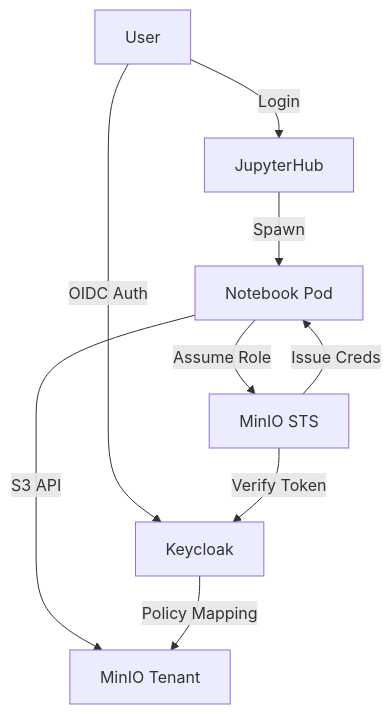
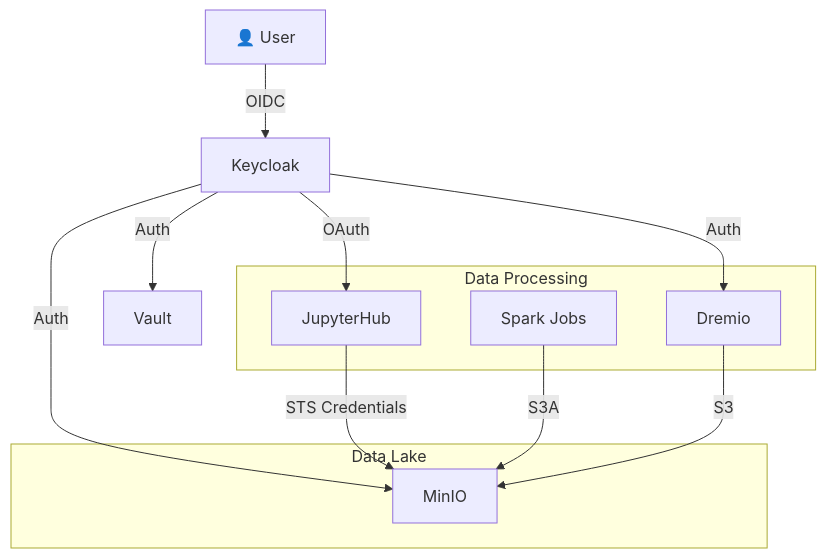
One commit to rammi-dev/dremio-platform1 changed the second of 2 diagrams in README.md. Above: the diagram before and after it, drawn with Mermaid. The commit also changed other lines of this file and 1 other file, not shown here.

First line of the commit message:
docs: add Mermaid diagrams and include Dremio/Spark in architecture

````diff
--- a/README.md
+++ b/README.md
@@ -70,13 +82,23 @@
 ```mermaid
-graph TD
-    User[User] -->|OIDC Auth| KC[Keycloak]
-    User -->|Login| JH[JupyterHub]
+graph TB
+    User[👤 User] -->|OIDC| KC[Keycloak]
     
-    JH -->|Spawn| NB[Notebook Pod]
-    NB -->|Assume Role| STS[MinIO STS]
-    STS -->|Verify Token| KC
-    STS -->|Issue Creds| NB
+    KC -->|Auth| Vault
+    KC -->|Auth| MinIO
+    KC -->|OAuth| JH[JupyterHub]
+    KC -->|Auth| Dremio
     
-    NB -->|S3 API| MinIO[MinIO Tenant]
-    KC -->|Policy Mapping| MinIO
+    JH -->|STS Credentials| MinIO
+    Spark -->|S3A| MinIO
+    Dremio -->|S3| MinIO
+    
+    subgraph "Data Processing"
+        JH
+        Spark[Spark Jobs]
+        Dremio
+    end
+    
+    subgraph "Data Lake"
+        MinIO
+    end
 ```
````
